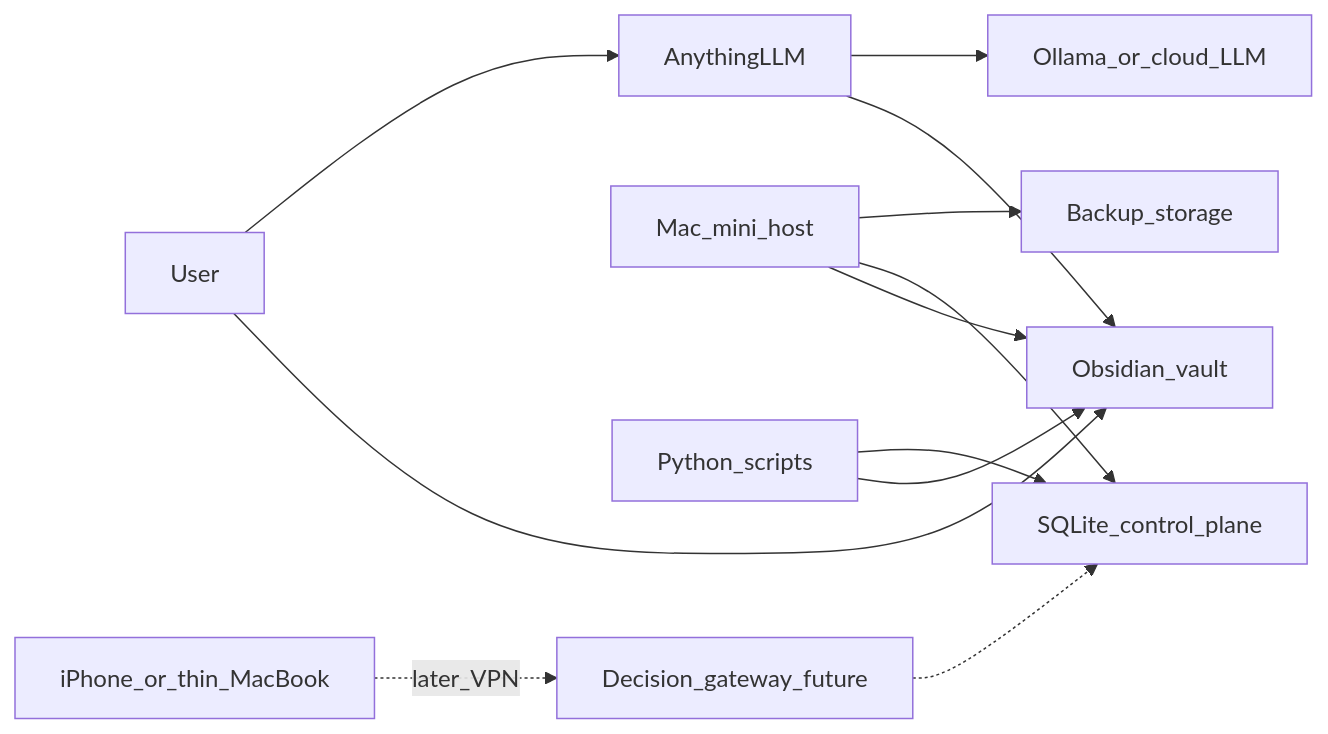
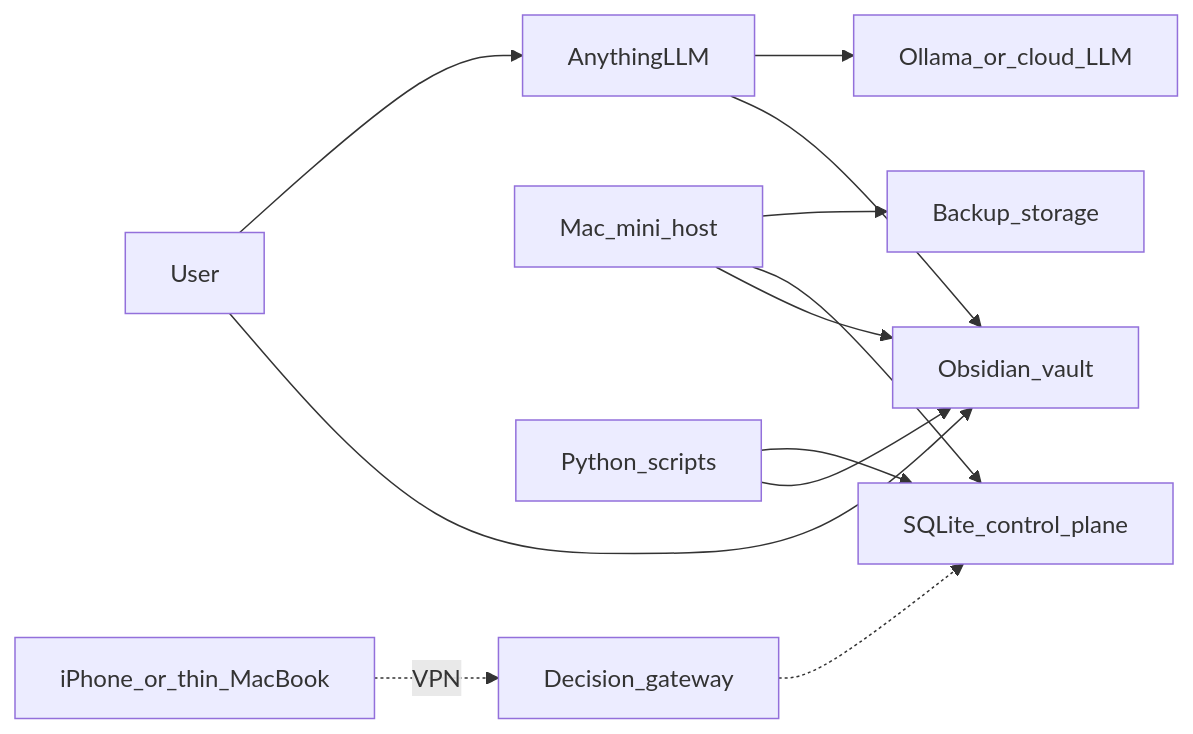
One commit to MrTheMatus/KMS changed the first of 5 diagrams in docs/architecture.md. Above: the diagram before and after it, drawn with Mermaid. The commit also changed other lines of this file and 24 other files, not shown here.

````diff
--- a/docs/architecture.md
+++ b/docs/architecture.md
@@ -123,25 +123,25 @@
 ```mermaid
 flowchart LR
   user[User]
   thinClient[iPhone_or_thin_MacBook]
-  gateway[Decision_gateway_future]
+  gateway[Decision_gateway]
   host[Mac_mini_host]
   vault[Obsidian_vault]
   sqlite[SQLite_control_plane]
   py[Python_scripts]
   anyllm[AnythingLLM]
   ollama[Ollama_or_cloud_LLM]
   backup[Backup_storage]
 
   user --> vault
   user --> anyllm
   host --> vault
   host --> sqlite
   py --> vault
   py --> sqlite
   anyllm --> vault
   anyllm --> ollama
   host --> backup
-  thinClient -.->|"later_VPN"| gateway
+  thinClient -.->|"VPN"| gateway
   gateway -.-> sqlite
 ```
````
